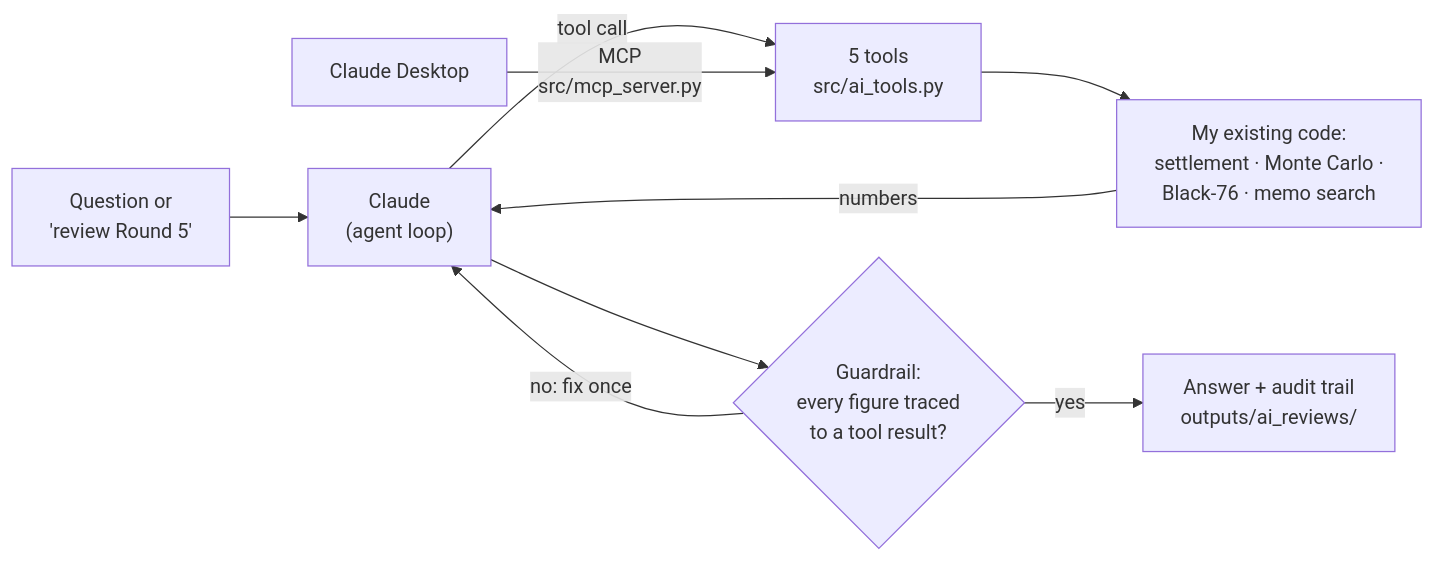
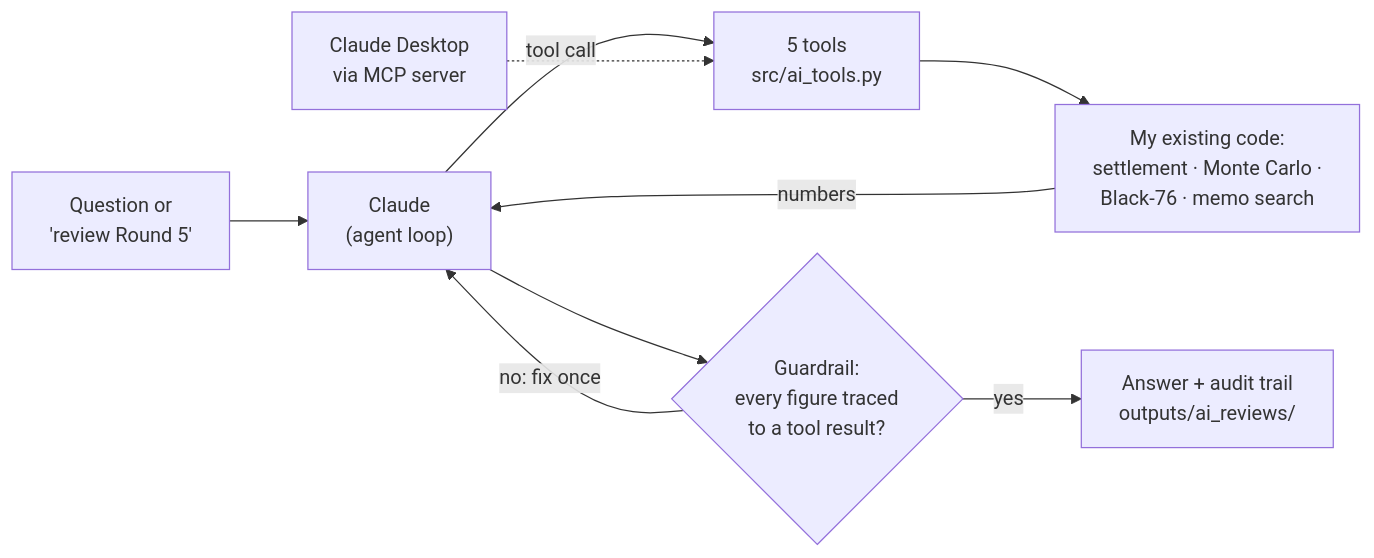
One commit to karthikVenkata-Create/Commodity-Hedging-Simulation changed the diagram in README.md. Above: the diagram before and after it, drawn with Mermaid.

Commit message:
README: tidy diagram labels
Claude-Session: https://claude.ai/code/session_01KAXy2x81pLHFQtpvZBxngg

````diff
--- a/README.md
+++ b/README.md
@@ -45,11 +45,11 @@
 ```mermaid
 flowchart LR
     Q["Question or<br/>'review Round 5'"] --> C["Claude<br/>(agent loop)"]
     C -- "tool call" --> T["5 tools<br/>src/ai_tools.py"]
     T --> E["My existing code:<br/>settlement · Monte Carlo ·<br/>Black-76 · memo search"]
     E -- "numbers" --> C
     C --> G{"Guardrail:<br/>every figure traced<br/>to a tool result?"}
     G -- "no: fix once" --> C
     G -- "yes" --> A["Answer + audit trail<br/>outputs/ai_reviews/"]
-    D["Claude Desktop"] -- "MCP<br/>src/mcp_server.py" --> T
+    D["Claude Desktop<br/>via MCP server"] -.-> T
 ```
````
